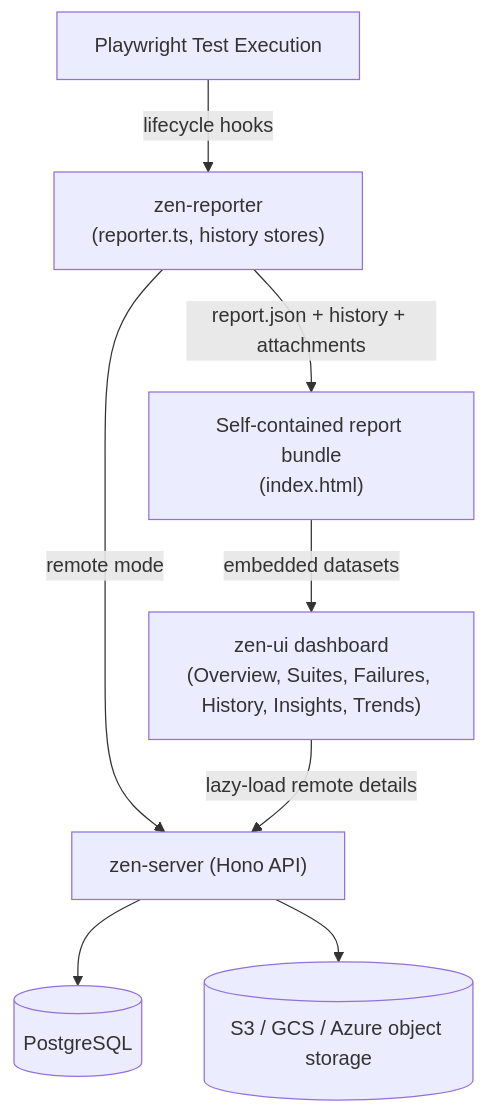
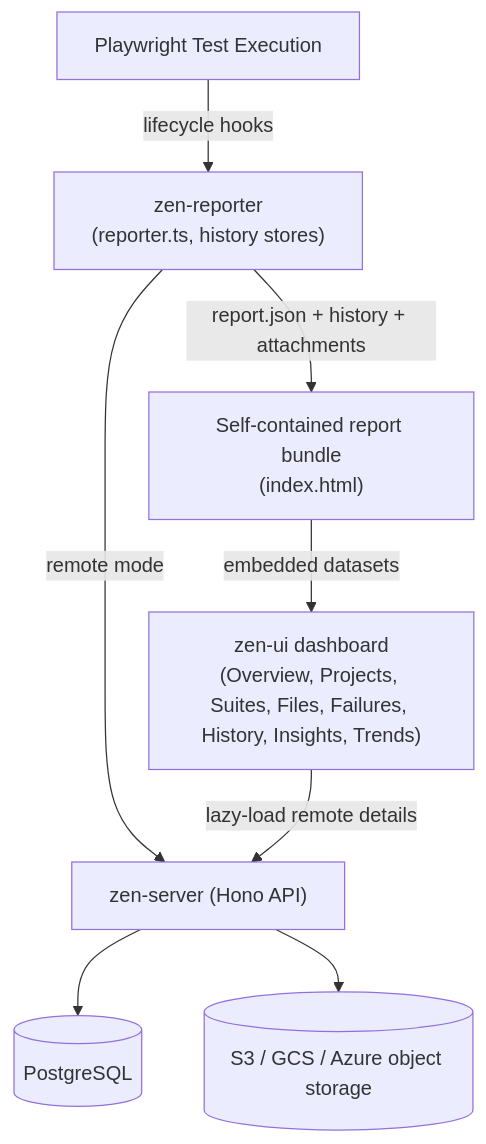
Before and after one commit to apatelia/zen-reporter: the second of 2 diagrams in docs/architecture.md, drawn with Mermaid. The commit also changed 7 other files, not shown here.

````diff
--- a/docs/architecture.md
+++ b/docs/architecture.md
@@ -61,10 +61,10 @@
 ```mermaid
 flowchart TD
     PW["Playwright Test Execution"] -->|lifecycle hooks| REP["zen-reporter<br/>(reporter.ts, history stores)"]
     REP -->|report.json + history + attachments| BUNDLE["Self-contained report bundle<br/>(index.html)"]
-    BUNDLE -->|embedded datasets| UI["zen-ui dashboard<br/>(Overview, Suites, Failures, History, Insights, Trends)"]
+    BUNDLE -->|embedded datasets| UI["zen-ui dashboard<br/>(Overview, Projects, Suites, Files, Failures, History, Insights, Trends)"]
     REP -->|remote mode| SRV["zen-server (Hono API)"]
     SRV --> PG[("PostgreSQL")]
     SRV --> OBJ[("S3 / GCS / Azure object storage")]
     UI -->|lazy-load remote details| SRV
 ```
````
